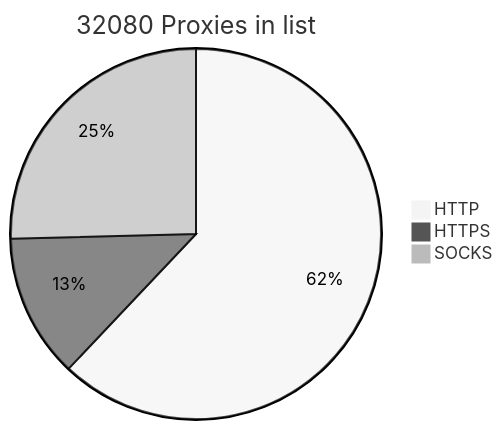
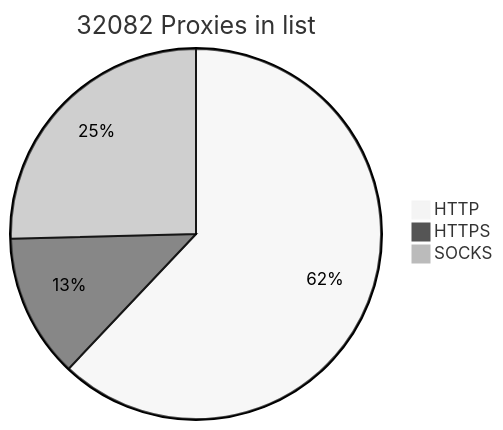
One commit to BlackSnowDot/proxylist-update-every-minute changed the diagram in README.md. Above: the diagram before and after it, drawn with Mermaid (neutral theme).

````diff
--- a/README.md
+++ b/README.md
@@ -2,6 +2,6 @@
 ```mermaid
-pie title 32080 Proxies in list
+pie title 32082 Proxies in list
     "HTTP" : 21991
     "HTTPS": 4446
-    "SOCKS" : 9002
+    "SOCKS" : 9004
 ```
````
